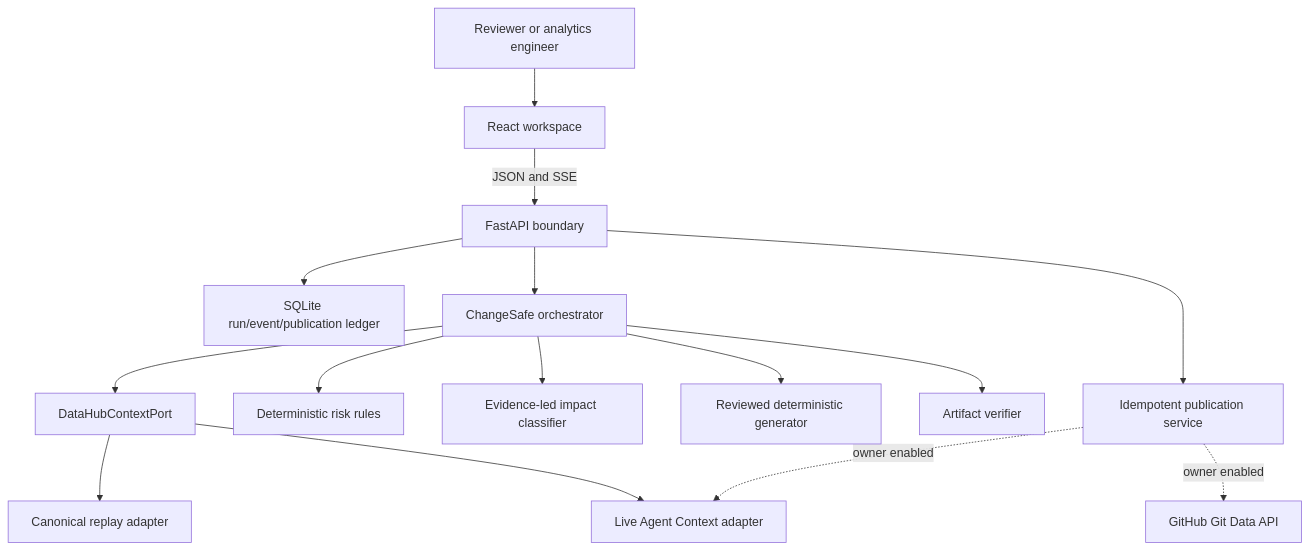
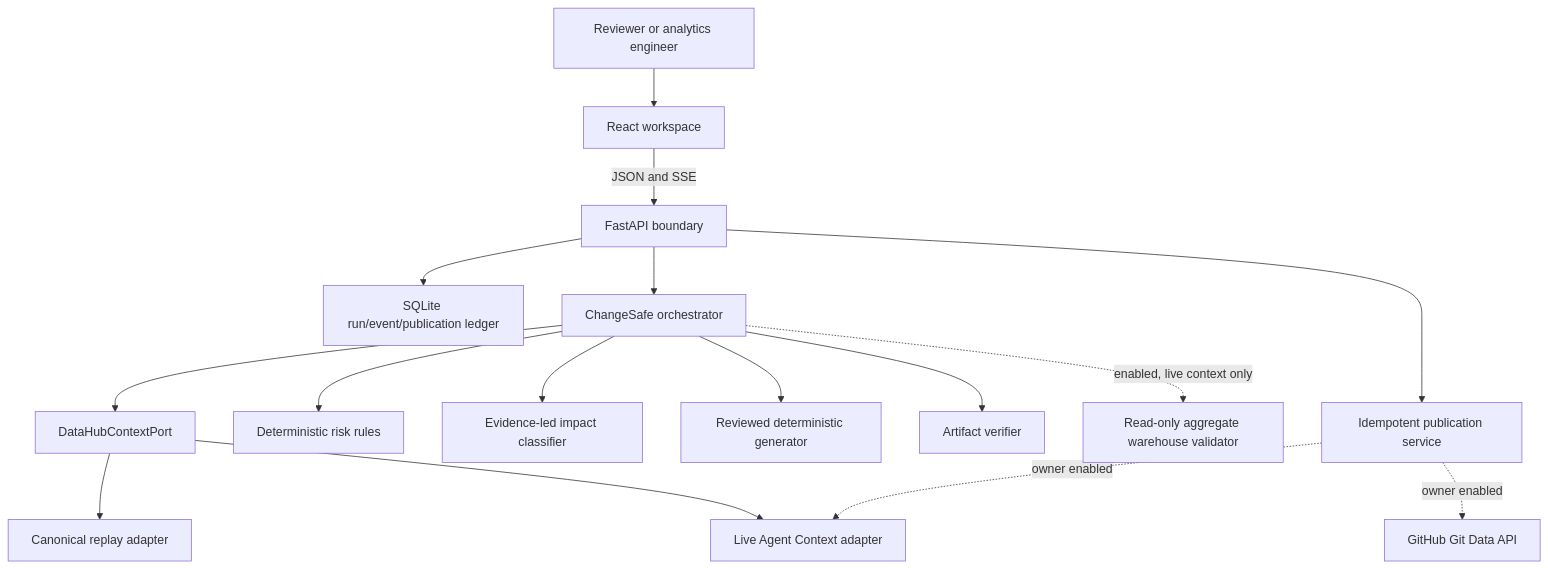
The first of 3 diagrams in docs/architecture.md (marker2601/changesafe), drawn with Mermaid before and after one commit. The commit also changed other lines of this file and 14 other files, not shown here.

````diff
--- a/docs/architecture.md
+++ b/docs/architecture.md
@@ -7,17 +7,18 @@
 ```mermaid
 flowchart TD
     U["Reviewer or analytics engineer"] --> W["React workspace"]
     W -->|"JSON and SSE"| API["FastAPI boundary"]
     API --> STORE["SQLite run/event/publication ledger"]
     API --> ORCH["ChangeSafe orchestrator"]
     ORCH --> PORT["DataHubContextPort"]
     PORT --> SNAP["Canonical replay adapter"]
     PORT --> LIVE["Live Agent Context adapter"]
     ORCH --> RISK["Deterministic risk rules"]
     ORCH --> IMPACT["Evidence-led impact classifier"]
     ORCH --> GEN["Reviewed deterministic generator"]
     ORCH --> VERIFY["Artifact verifier"]
+    ORCH -.->|"enabled, live context only"| WH["Read-only aggregate warehouse validator"]
     API --> PUB["Idempotent publication service"]
     PUB -.->|"owner enabled"| GH["GitHub Git Data API"]
     PUB -.->|"owner enabled"| LIVE
 ```
````
